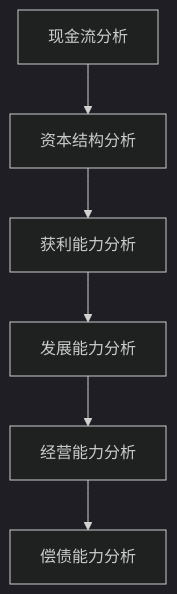
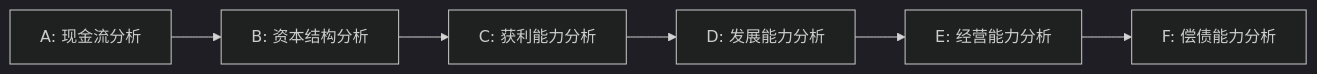
One commit to u588/app changed the first of 13 diagrams in AiStock/财务分析.md. Above: the diagram before and after it, drawn with Mermaid (dark theme). The commit also changed other lines of this file and 6 other files, not shown here.

````diff
--- a/AiStock/财务分析.md
+++ b/AiStock/财务分析.md
@@ -3,8 +3,8 @@
 ```mermaid
-graph TD
-A[现金流分析] --> B[资本结构分析]
-B --> C[获利能力分析]
-C --> D[发展能力分析]
-D --> E[经营能力分析]
-E --> F[偿债能力分析]
+graph LR
+    A[A: 现金流分析] --> B[B: 资本结构分析]
+    B --> C[C: 获利能力分析]
+    C --> D[D: 发展能力分析]
+    D --> E[E: 经营能力分析]
+    E --> F[F: 偿债能力分析]
 ```
````
